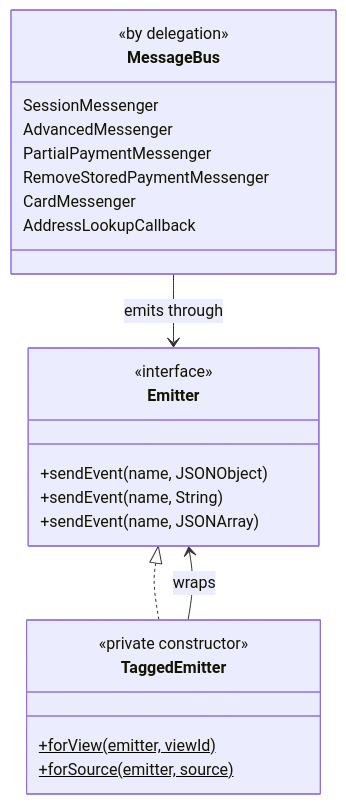
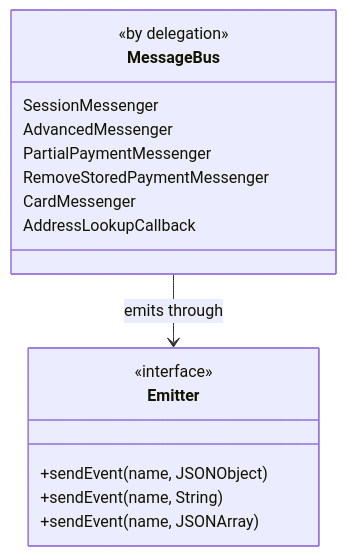
One commit to Adyen/adyen-react-native changed the sixth of 7 diagrams in docs/native-architecture.md. Above: the diagram before and after it, drawn with Mermaid. The commit also changed other lines of this file and 2 other files, not shown here.

````diff
--- a/docs/native-architecture.md
+++ b/docs/native-architecture.md
@@ -233,27 +243,20 @@
 ```mermaid
 classDiagram
   class Emitter {
     <<interface>>
     +sendEvent(name, JSONObject)
     +sendEvent(name, String)
     +sendEvent(name, JSONArray)
-  }
-  class TaggedEmitter {
-    <<private constructor>>
-    +forView(emitter, viewId)$
-    +forSource(emitter, source)$
   }
   class MessageBus {
     <<by delegation>>
     SessionMessenger
     AdvancedMessenger
     PartialPaymentMessenger
     RemoveStoredPaymentMessenger
     CardMessenger
     AddressLookupCallback
   }
 
-  Emitter <|.. TaggedEmitter
-  TaggedEmitter --> Emitter : wraps
   MessageBus --> Emitter : emits through
 ```
````
